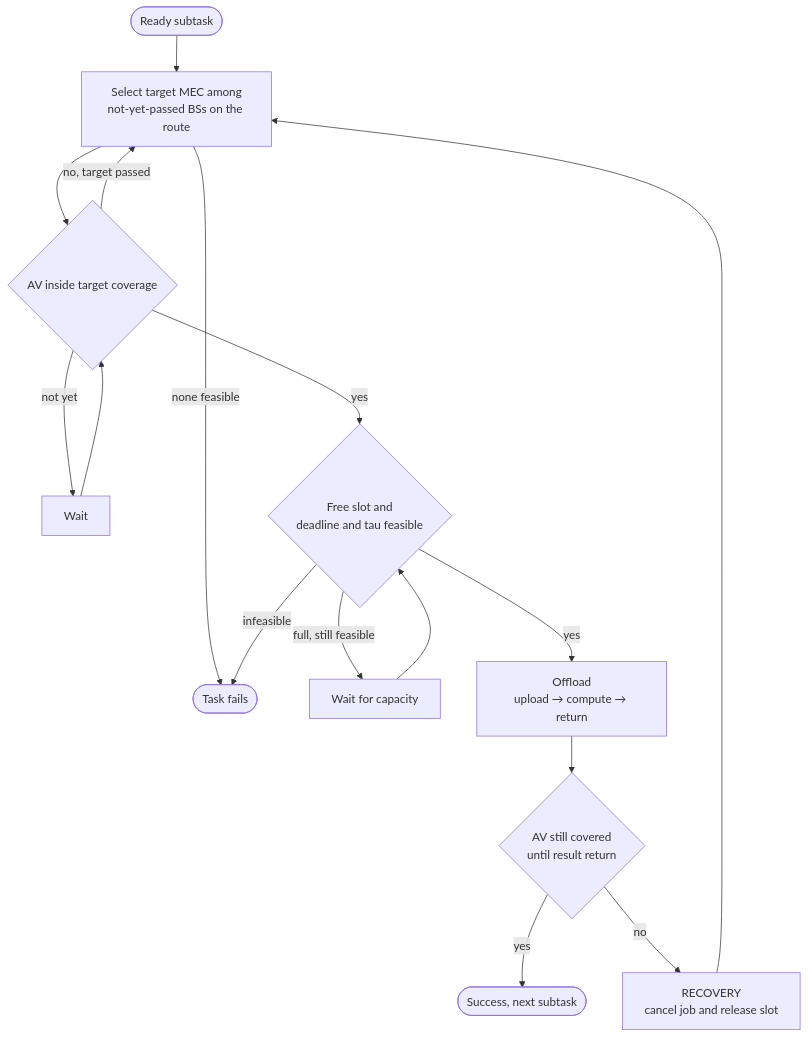
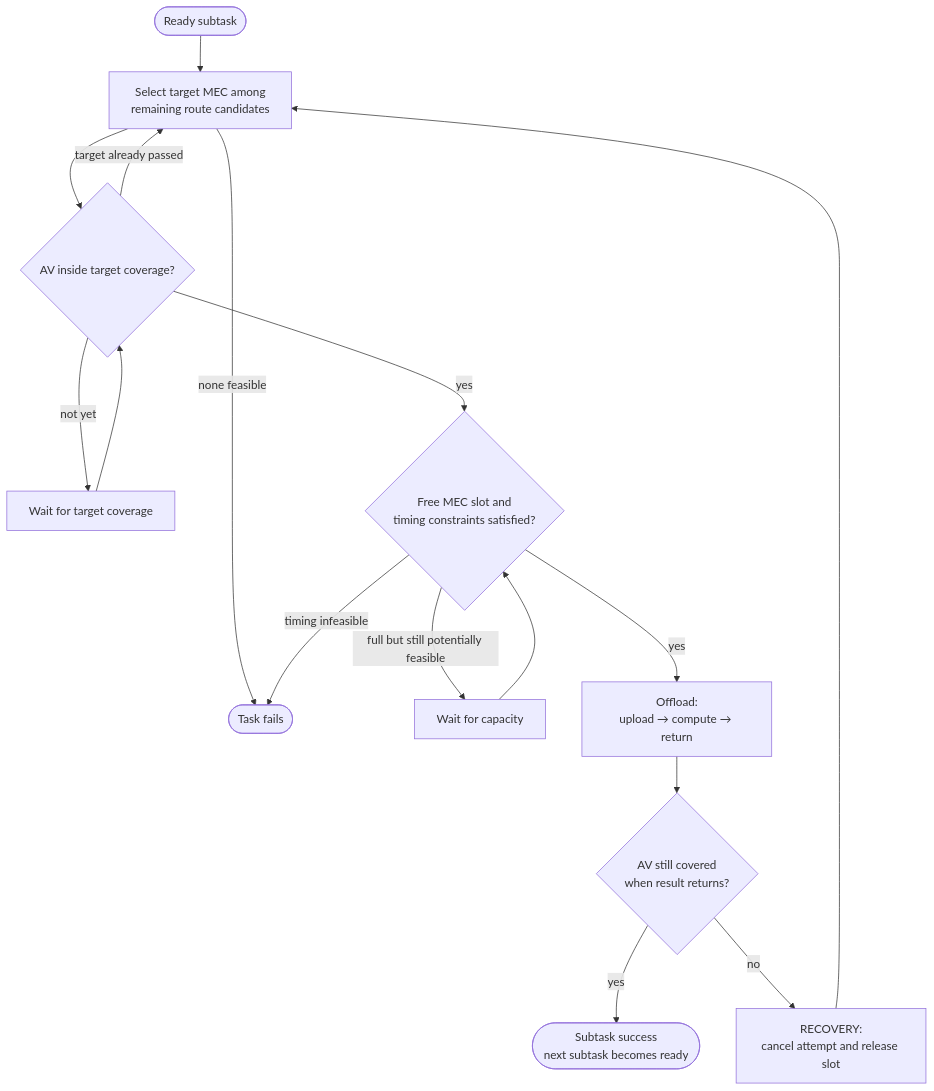
Before and after one commit to Karatsiolis/Thesis: the diagram in README.md, drawn with Mermaid. The commit also changed other lines of this file, not shown here.

````diff
--- a/README.md
+++ b/README.md
@@ -154,18 +241,18 @@
 ```mermaid
 flowchart TD
-    A(["Ready subtask"]) --> B["Select target MEC among<br/>not-yet-passed BSs on the route"]
+    A(["Ready subtask"]) --> B["Select target MEC among<br/>remaining route candidates"]
     B -->|none feasible| X(["Task fails"])
-    B --> C{"AV inside target coverage"}
-    C -->|no, target passed| B
-    C -->|not yet| W["Wait"]
+    B --> C{"AV inside target coverage?"}
+    C -->|target already passed| B
+    C -->|not yet| W["Wait for target coverage"]
     W --> C
-    C -->|yes| D{"Free slot and<br/>deadline and tau feasible"}
-    D -->|full, still feasible| W2["Wait for capacity"]
+    C -->|yes| D{"Free MEC slot and<br/>timing constraints satisfied?"}
+    D -->|full but still potentially feasible| W2["Wait for capacity"]
     W2 --> D
-    D -->|infeasible| X
-    D -->|yes| E["Offload<br/>upload → compute → return"]
-    E --> F{"AV still covered<br/>until result return"}
-    F -->|yes| G(["Success, next subtask"])
-    F -->|no| R["RECOVERY<br/>cancel job and release slot"]
+    D -->|timing infeasible| X
+    D -->|yes| E["Offload:<br/>upload → compute → return"]
+    E --> F{"AV still covered<br/>when result returns?"}
+    F -->|yes| G(["Subtask success<br/>next subtask becomes ready"])
+    F -->|no| R["RECOVERY:<br/>cancel attempt and release slot"]
     R --> B
 ```
````
